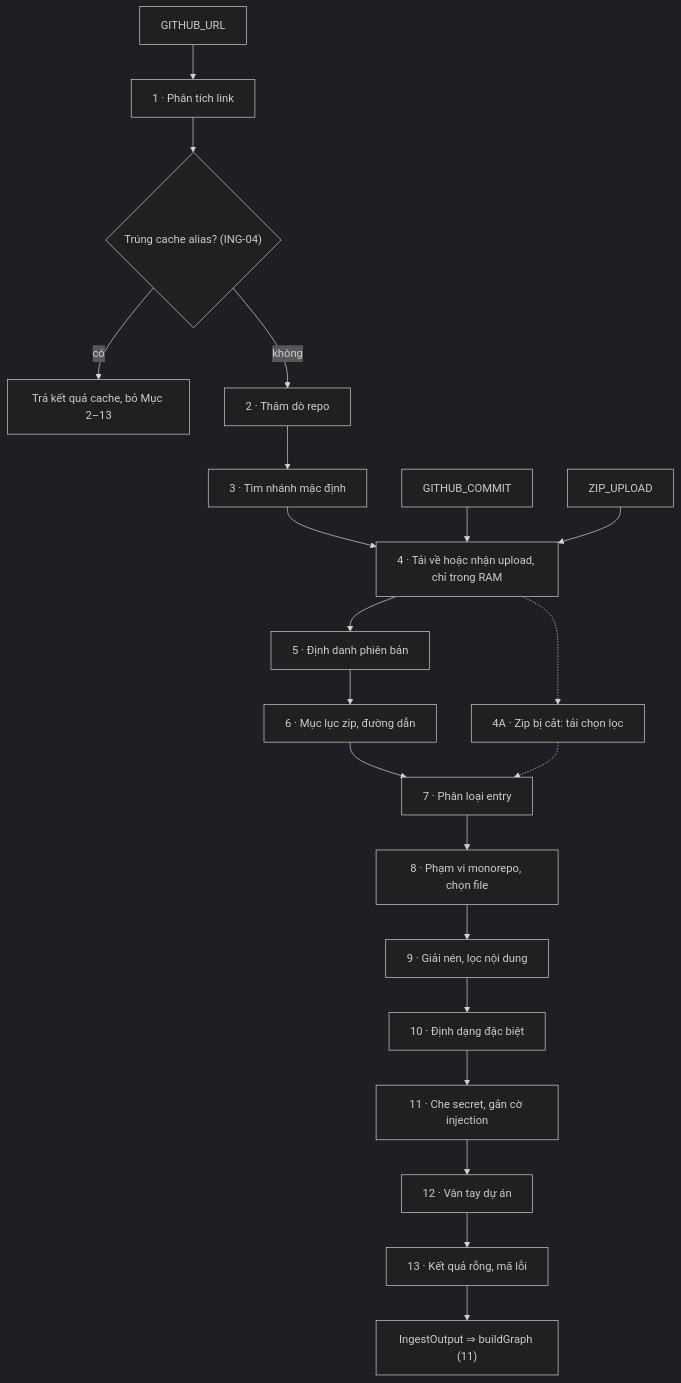
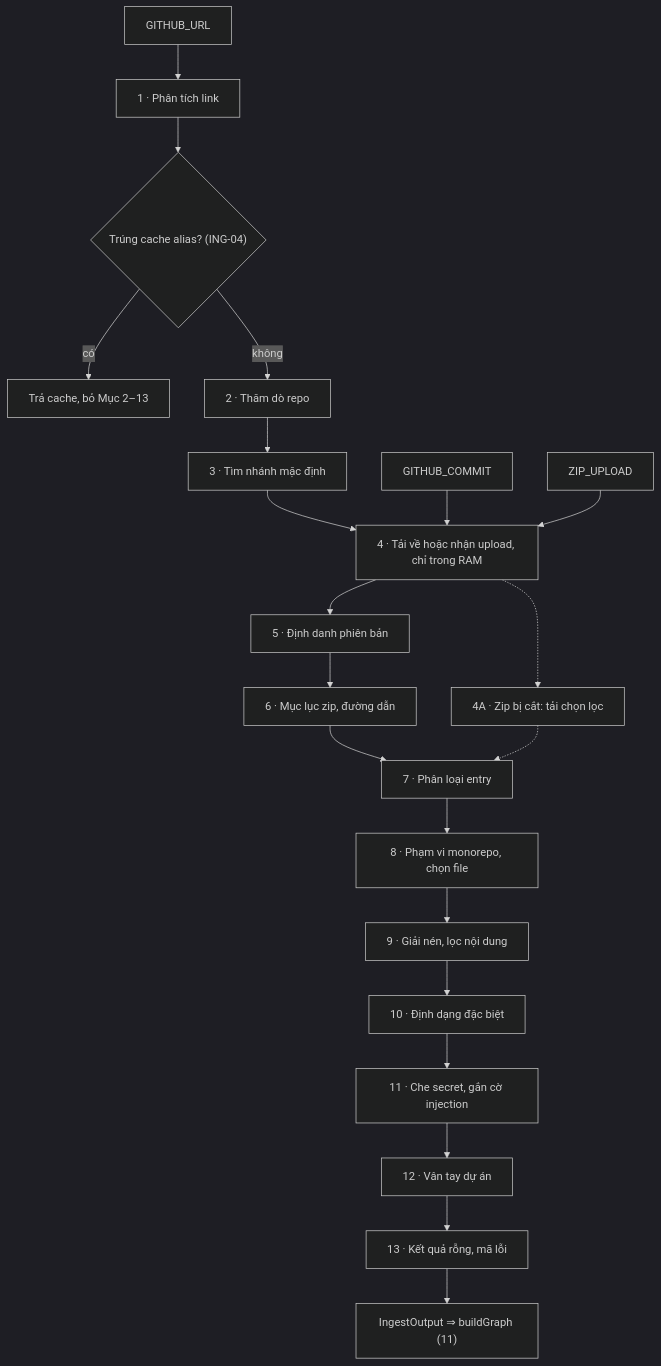
The diagram in spec/10_ENGINE_INGEST.md (huynhthanhnhannnh-pixel/Hackathon_SGU), drawn with Mermaid (dark theme) before and after one commit. The commit also changed other lines of this file and 12 other files, not shown here.

````diff
--- a/spec/10_ENGINE_INGEST.md
+++ b/spec/10_ENGINE_INGEST.md
@@ -15,13 +15,13 @@
 ```mermaid
 flowchart TB
   U["GITHUB_URL"] --> S1["1 · Phân tích link"]
   S1 --> C{"Trúng cache alias? (ING-04)"}
-  C -- "có" --> HIT["Trả kết quả cache, bỏ Mục 2–13"]
+  C -- "có" --> HIT["Trả cache, bỏ Mục 2–13"]
   C -- "không" --> S2["2 · Thăm dò repo"] --> S3["3 · Tìm nhánh mặc định"] --> S4["4 · Tải về hoặc nhận upload, chỉ trong RAM"]
   GC["GITHUB_COMMIT"] --> S4
   ZU["ZIP_UPLOAD"] --> S4
   S4 --> S5["5 · Định danh phiên bản"] --> S6["6 · Mục lục zip, đường dẫn"] --> S7["7 · Phân loại entry"] --> S8["8 · Phạm vi monorepo, chọn file"]
   S8 --> S9["9 · Giải nén, lọc nội dung"] --> S10["10 · Định dạng đặc biệt"] --> S11["11 · Che secret, gắn cờ injection"] --> S12["12 · Vân tay dự án"] --> S13["13 · Kết quả rỗng, mã lỗi"]
   S13 --> OUT["IngestOutput ⇒ buildGraph (11)"]
   S4 -.-> S4A["4A · Zip bị cắt: tải chọn lọc"] -.-> S7
 ```
````
